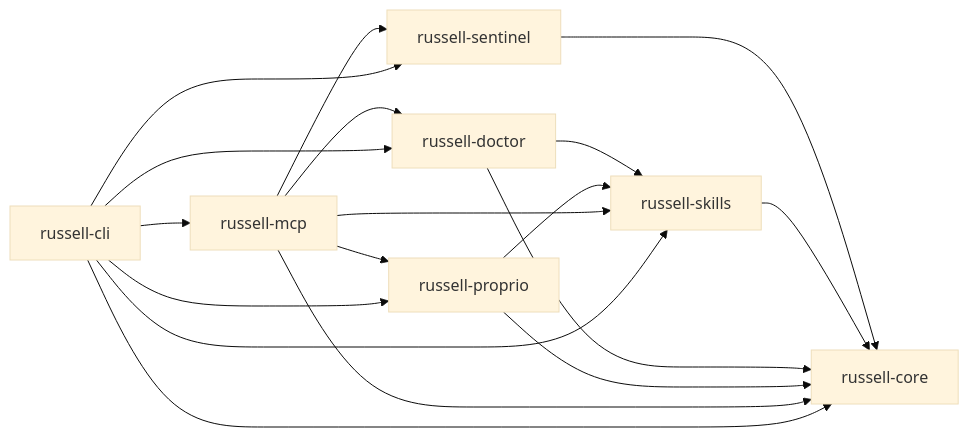
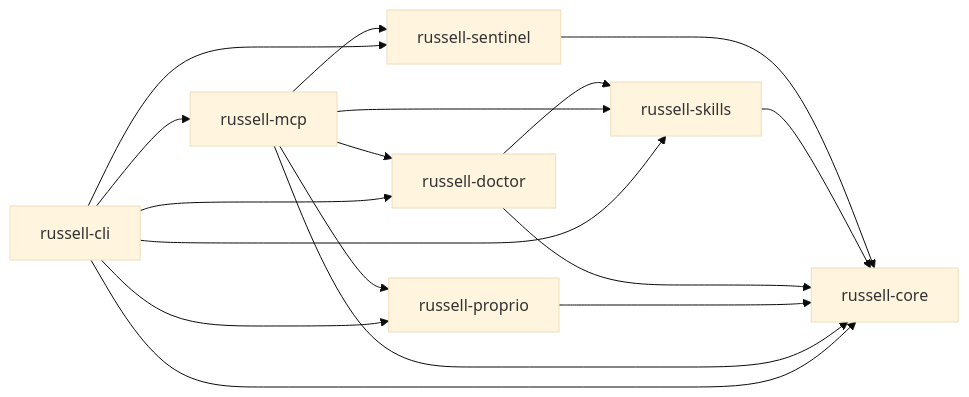
One commit to mdz-axo/russell changed the second of 2 diagrams in docs/architecture/overview.md. Above: the diagram before and after it, drawn with Mermaid (base theme). The commit also changed other lines of this file and 9 other files, not shown here.

````diff
--- a/docs/architecture/overview.md
+++ b/docs/architecture/overview.md
@@ -113,17 +113,17 @@
 ```mermaid
 flowchart LR
   CORE[russell-core]
   SENTINEL[russell-sentinel]
   DOCTOR[russell-doctor]
   SKILLS[russell-skills]
   MCP[russell-mcp]
   PROPRIO[russell-proprio]
   CLI[russell-cli]
 
   SENTINEL --> CORE
   SKILLS --> CORE
   DOCTOR --> CORE & SKILLS
-  PROPRIO --> CORE & SKILLS
+  PROPRIO --> CORE
   MCP --> CORE & SENTINEL & DOCTOR & SKILLS & PROPRIO
   CLI --> CORE & SENTINEL & DOCTOR & SKILLS & PROPRIO & MCP
 ```
````
